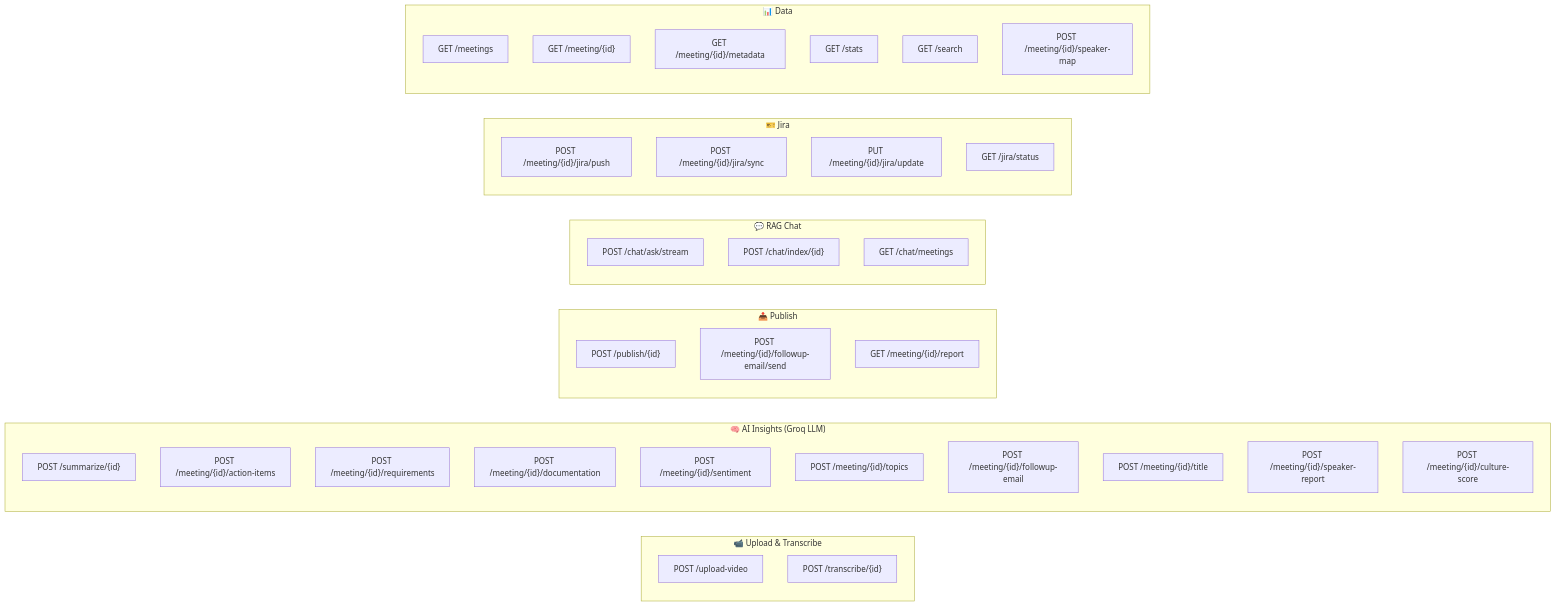
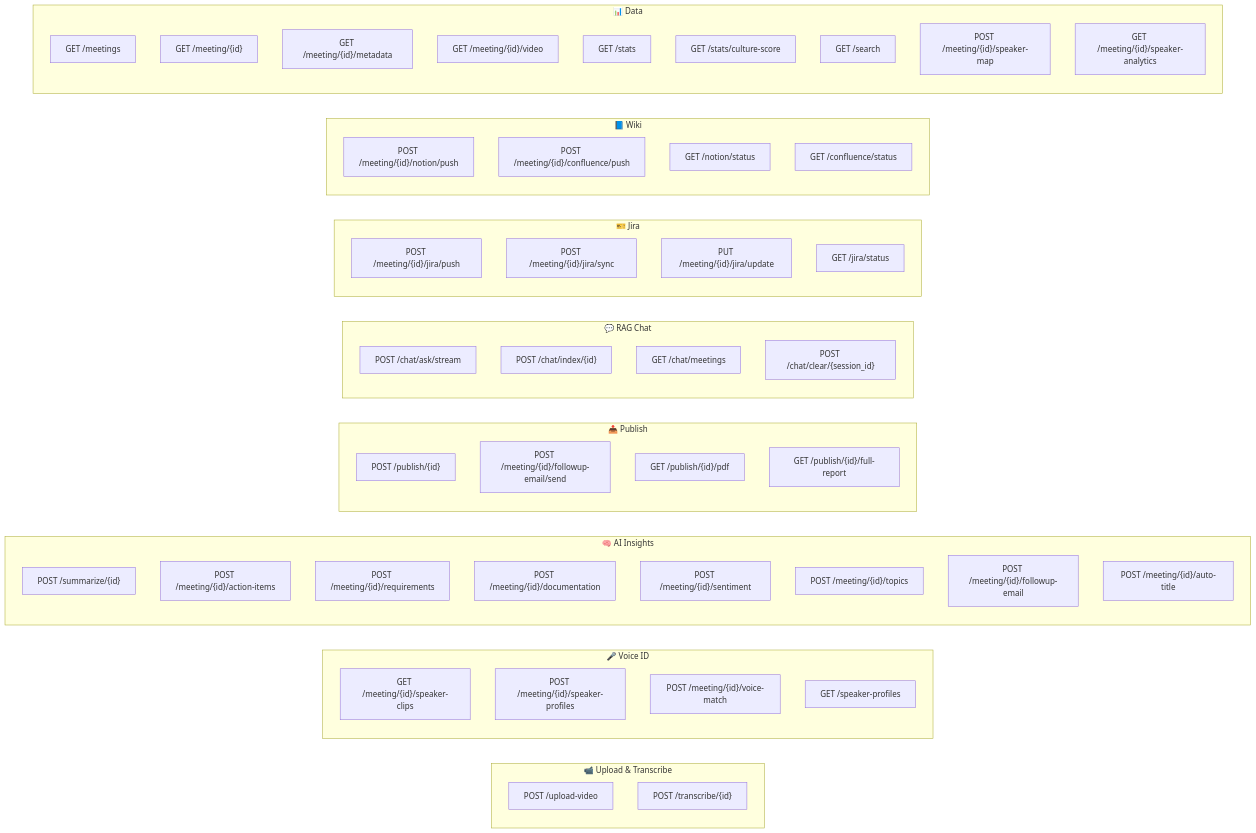
The fourth of 14 diagrams in docs/architecture.md (pawanuikey06/ContextIQ), drawn with Mermaid before and after one commit. The commit also changed other lines of this file, not shown here.

Commit message:
architectures updated

````diff
--- a/docs/architecture.md
+++ b/docs/architecture.md
@@ -132,48 +177,65 @@
 ```mermaid
 graph LR
     subgraph Upload["📹 Upload & Transcribe"]
         A1["POST /upload-video"]
         A2["POST /transcribe/{id}"]
     end
 
-    subgraph Insights["🧠 AI Insights (Groq LLM)"]
+    subgraph Voice["🎤 Voice ID"]
+        V1["GET /meeting/{id}/speaker-clips"]
+        V2["POST /meeting/{id}/speaker-profiles"]
+        V3["POST /meeting/{id}/voice-match"]
+        V4["GET /speaker-profiles"]
+    end
+
+    subgraph Insights["🧠 AI Insights"]
         B1["POST /summarize/{id}"]
         B2["POST /meeting/{id}/action-items"]
         B3["POST /meeting/{id}/requirements"]
         B4["POST /meeting/{id}/documentation"]
         B5["POST /meeting/{id}/sentiment"]
         B6["POST /meeting/{id}/topics"]
         B7["POST /meeting/{id}/followup-email"]
-        B8["POST /meeting/{id}/title"]
-        B9["POST /meeting/{id}/speaker-report"]
-        B10["POST /meeting/{id}/culture-score"]
+        B8["POST /meeting/{id}/auto-title"]
     end
 
     subgraph Publish["📤 Publish"]
         C1["POST /publish/{id}"]
         C2["POST /meeting/{id}/followup-email/send"]
-        C3["GET /meeting/{id}/report"]
+        C3["GET /publish/{id}/pdf"]
+        C4["GET /publish/{id}/full-report"]
     end
 
     subgraph Chat["💬 RAG Chat"]
         D1["POST /chat/ask/stream"]
         D2["POST /chat/index/{id}"]
         D3["GET /chat/meetings"]
+        D4["POST /chat/clear/{session_id}"]
     end
 
     subgraph Jira["🎫 Jira"]
         E1["POST /meeting/{id}/jira/push"]
         E2["POST /meeting/{id}/jira/sync"]
         E3["PUT /meeting/{id}/jira/update"]
         E4["GET /jira/status"]
     end
 
+    subgraph Wiki["📘 Wiki"]
+        W1["POST /meeting/{id}/notion/push"]
+        W2["POST /meeting/{id}/confluence/push"]
+        W3["GET /notion/status"]
+        W4["GET /confluence/status"]
+    end
+
     subgraph Data["📊 Data"]
         F1["GET /meetings"]
         F2["GET /meeting/{id}"]
         F3["GET /meeting/{id}/metadata"]
-        F4["GET /stats"]
-        F5["GET /search"]
-        F6["POST /meeting/{id}/speaker-map"]
+        F4["GET /meeting/{id}/video"]
+        F5["GET /stats"]
+        F6["GET /stats/culture-score"]
+        F7["GET /search"]
+        F8["POST /meeting/{id}/speaker-map"]
+        F9["GET /meeting/{id}/speaker-analytics"]
     end
 ```
````
